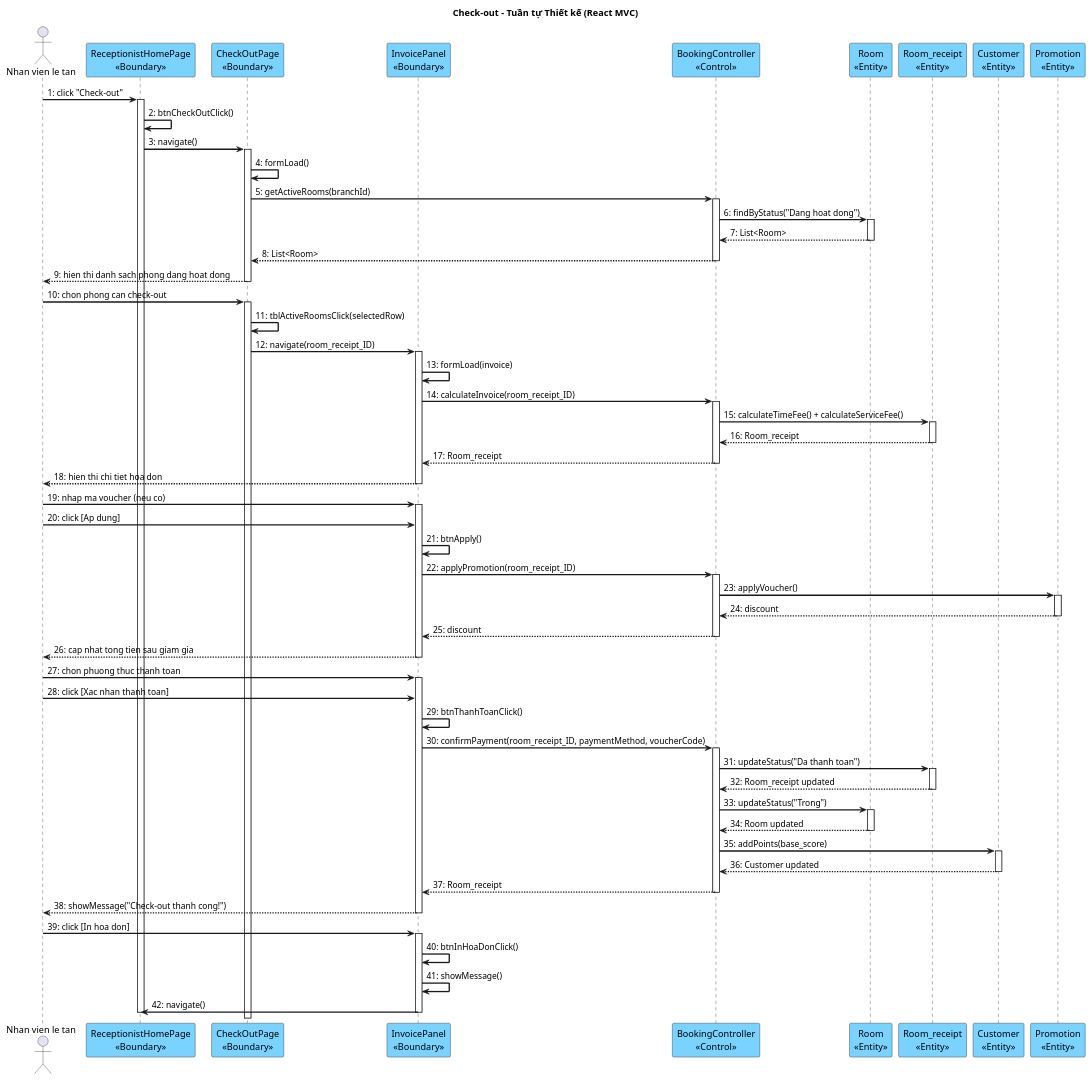
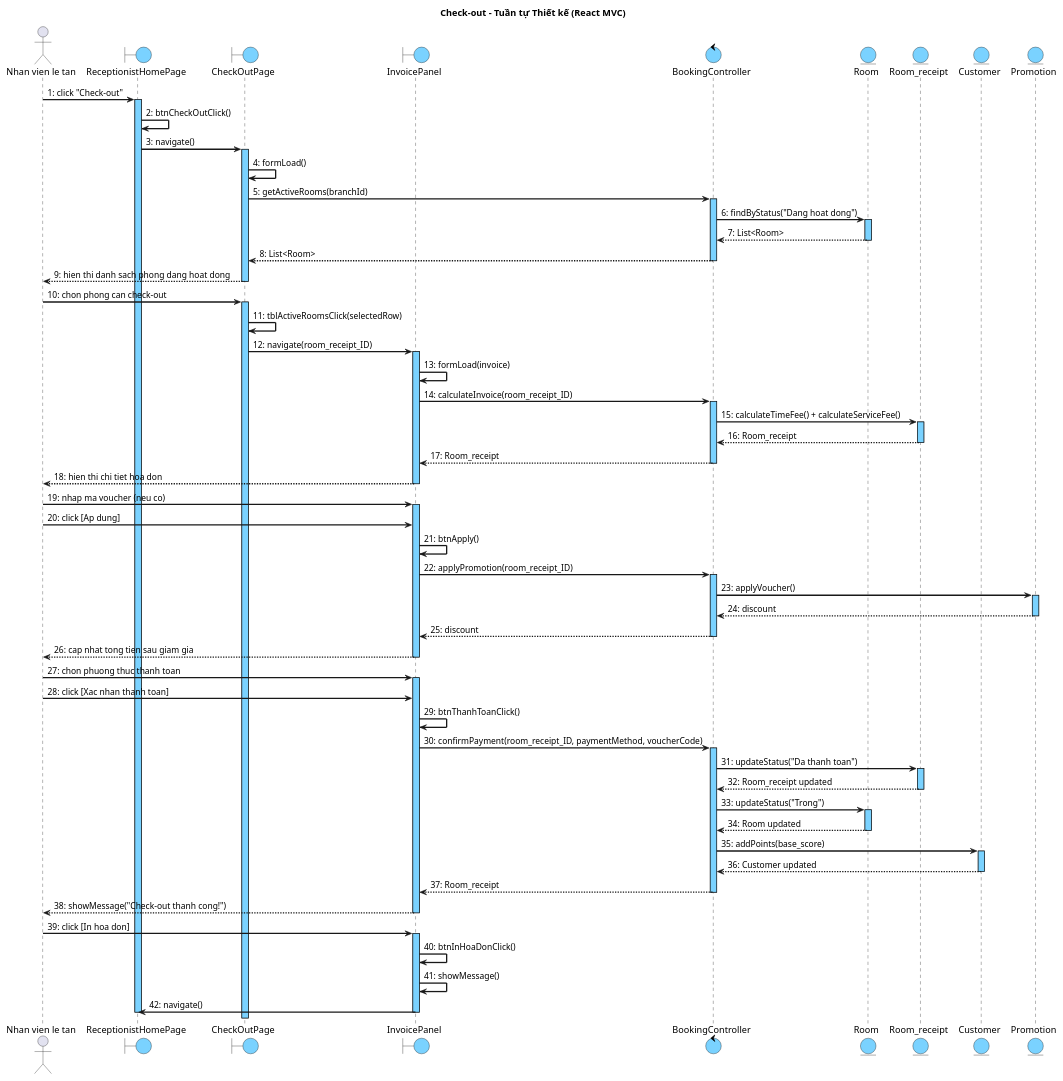
Before and after one commit to thanhtrnnn/cnpm: the third of 4 diagrams in docs/tabs/section-booking-iii.4.md, drawn with PlantUML. The commit also changed other lines of this file and 10 other files, not shown here.

First line of the commit message:
fix: sequence diagrams - blue activation bars + boundary/entity circle symbols

```diff
--- a/docs/tabs/section-booking-iii.4.md
+++ b/docs/tabs/section-booking-iii.4.md
@@ -297,6 +299,7 @@
 skinparam shadowing false
 skinparam SequenceMessageAlign left
 skinparam SequenceArrowThickness 2
+skinparam SequenceLifeLineBackgroundColor #7AD2FF
 skinparam ParticipantBackgroundColor #7AD2FF
 skinparam ParticipantBorderColor black
 skinparam BoundaryBackgroundColor #7AD2FF
@@ -309,14 +312,14 @@
 title Check-out – Tuần tự Thiết kế (React MVC)
 
 actor "Nhan vien le tan" as NV
-participant "ReceptionistHomePage\n<<Boundary>>" as Home
-participant "CheckOutPage\n<<Boundary>>" as COP
-participant "InvoicePanel\n<<Boundary>>" as IP
-participant "BookingController\n<<Control>>" as Ctrl
-participant "Room\n<<Entity>>" as Room
-participant "Room_receipt\n<<Entity>>" as RR
-participant "Customer\n<<Entity>>" as Cust
-participant "Promotion\n<<Entity>>" as Promo
+boundary "ReceptionistHomePage" as Home
+boundary "CheckOutPage" as COP
+boundary "InvoicePanel" as IP
+control "BookingController" as Ctrl
+entity "Room" as Room
+entity "Room_receipt" as RR
+entity "Customer" as Cust
+entity "Promotion" as Promo
 
 NV -> Home : 1: click "Check-out"
 activate Home
```
